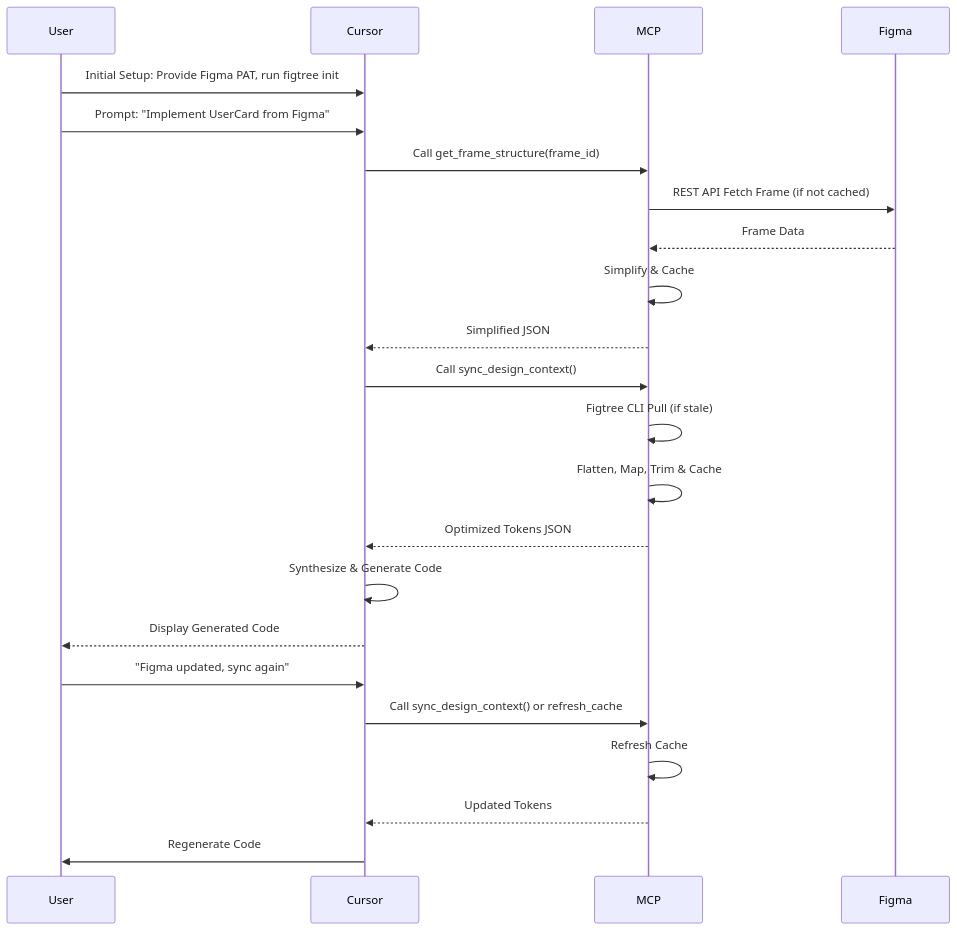
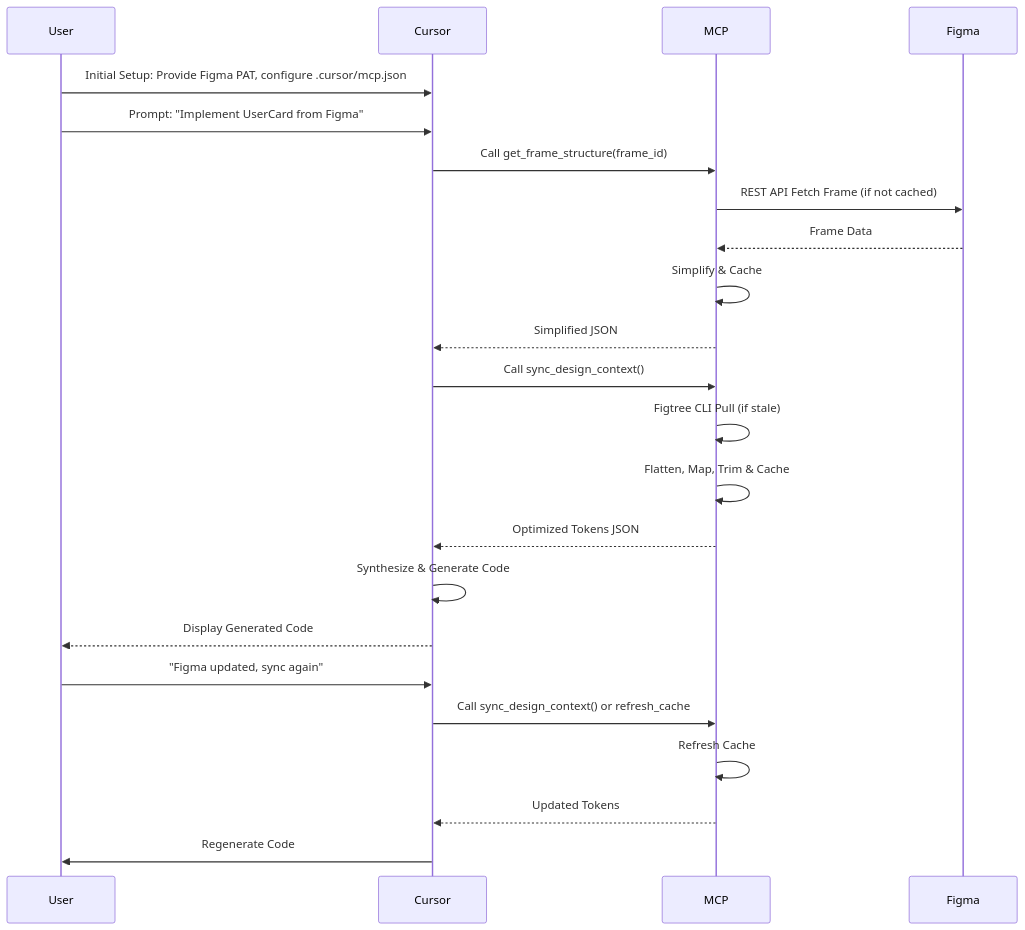
The third of 5 diagrams in docs/DIAGRAMS..md (decagondev/figma-bridge-mcp), drawn with Mermaid before and after one commit. The commit also changed other lines of this file and 2 other files, not shown here.

First line of the commit message:
Enhance README and documentation for Figma-Bridge MCP

````diff
--- a/docs/DIAGRAMS..md
+++ b/docs/DIAGRAMS..md
@@ -52,25 +57,25 @@
 ```mermaid
 sequenceDiagram
     participant User
     participant Cursor
     participant MCP
     participant Figma
-    User->>Cursor: Initial Setup: Provide Figma PAT, run figtree init
+    User->>Cursor: Initial Setup: Provide Figma PAT, configure .cursor/mcp.json
     User->>Cursor: Prompt: "Implement UserCard from Figma"
     Cursor->>MCP: Call get_frame_structure(frame_id)
     MCP->>Figma: REST API Fetch Frame (if not cached)
     Figma-->>MCP: Frame Data
     MCP->>MCP: Simplify & Cache
     MCP-->>Cursor: Simplified JSON
     Cursor->>MCP: Call sync_design_context()
     MCP->>MCP: Figtree CLI Pull (if stale)
     MCP->>MCP: Flatten, Map, Trim & Cache
     MCP-->>Cursor: Optimized Tokens JSON
     Cursor->>Cursor: Synthesize & Generate Code
     Cursor-->>User: Display Generated Code
     User->>Cursor: "Figma updated, sync again"
     Cursor->>MCP: Call sync_design_context() or refresh_cache
     MCP->>MCP: Refresh Cache
     MCP-->>Cursor: Updated Tokens
     Cursor->>User: Regenerate Code
 ```
````
